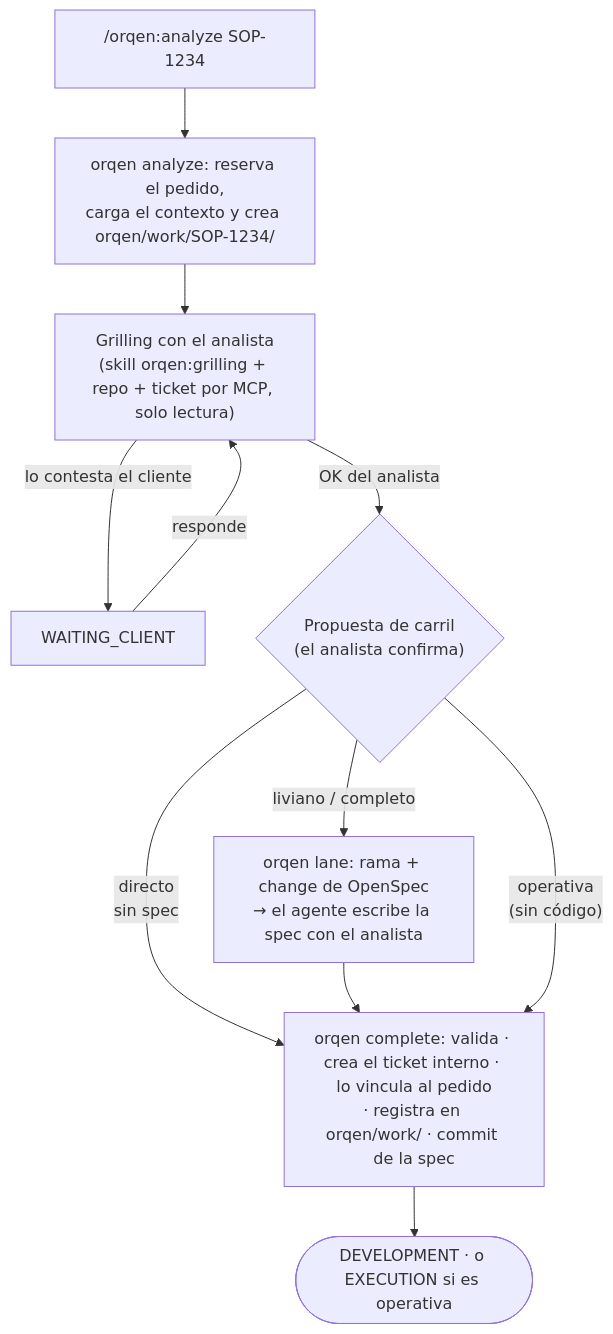
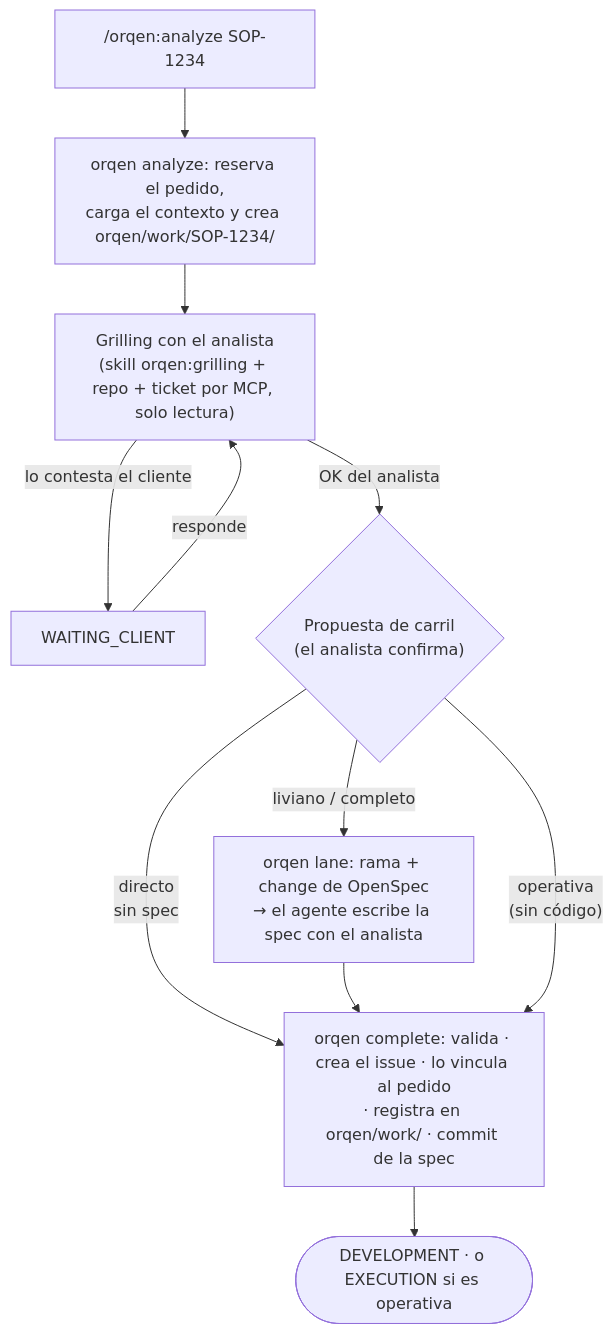
One commit to sistemas-telpin/orqen changed the second of 7 diagrams in README.md. Above: the diagram before and after it, drawn with Mermaid. The commit also changed other lines of this file and 53 other files, not shown here.

````diff
--- a/README.md
+++ b/README.md
@@ -108,11 +108,11 @@
 ```mermaid
 flowchart TD
     A["/orqen:analyze SOP-1234"] --> B["orqen analyze: reserva el pedido,<br/>carga el contexto y crea orqen/work/SOP-1234/"]
     B --> C["Grilling con el analista<br/>(skill orqen:grilling + repo + ticket por MCP, solo lectura)"]
     C -->|"lo contesta el cliente"| W["WAITING_CLIENT"] -->|"responde"| C
     C -->|"OK del analista"| D{"Propuesta de carril<br/>(el analista confirma)"}
     D -->|"directo<br/>sin spec"| G
     D -->|"liviano / completo"| E["orqen lane: rama + change de OpenSpec<br/>→ el agente escribe la spec con el analista"] --> G
     D -->|"operativa<br/>(sin código)"| G
-    G["orqen complete: valida · crea el ticket interno · lo vincula al pedido<br/>· registra en orqen/work/ · commit de la spec"] --> H(["DEVELOPMENT · o EXECUTION si es operativa"])
+    G["orqen complete: valida · crea el issue · lo vincula al pedido<br/>· registra en orqen/work/ · commit de la spec"] --> H(["DEVELOPMENT · o EXECUTION si es operativa"])
 ```
````
